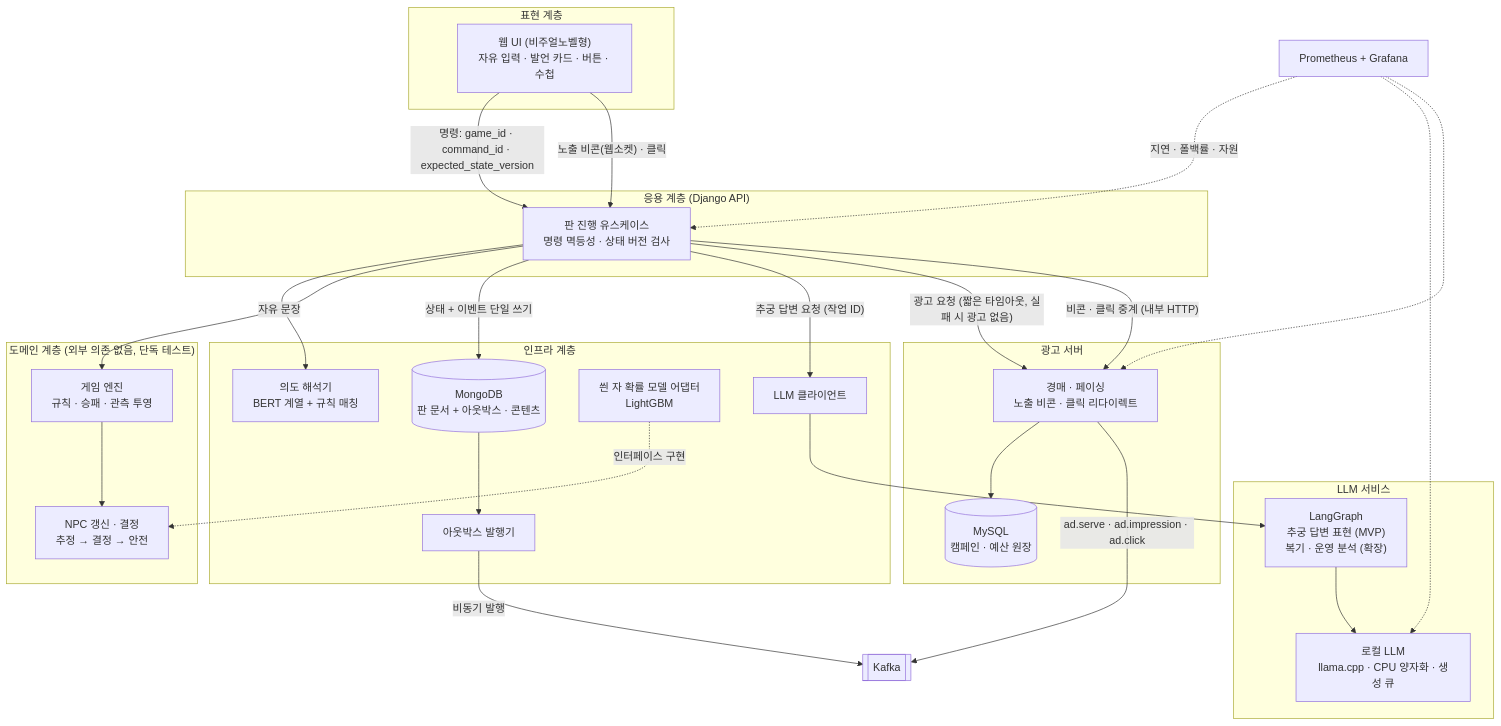
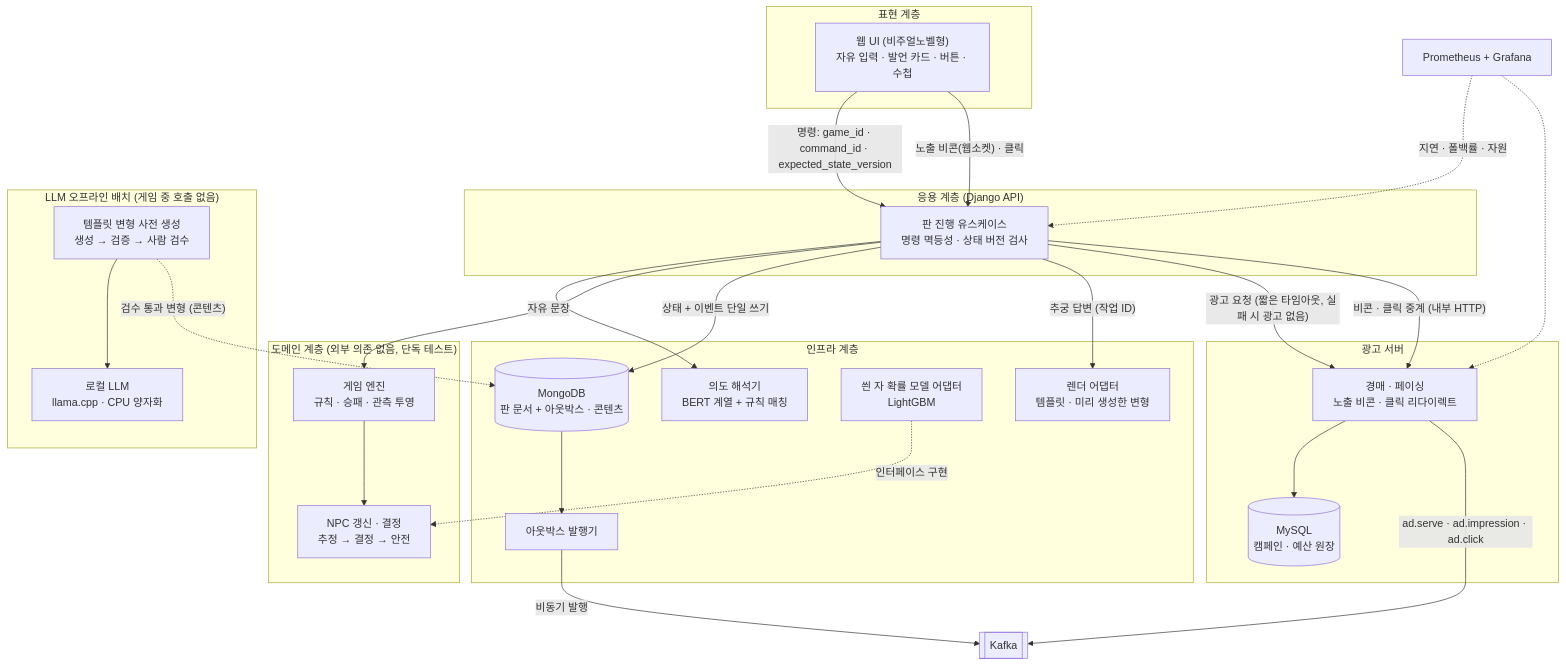
Before and after one commit to encore-ai-campus/mlo-01-p4-team3: the first of 3 diagrams in docs/paldo_design_v1.md, drawn with Mermaid. The commit also changed other lines of this file and 13 other files, not shown here.

````diff
--- a/docs/paldo_design_v1.md
+++ b/docs/paldo_design_v1.md
@@ -307,54 +307,54 @@
 ```mermaid
 flowchart TB
   subgraph P["표현 계층"]
     UI["웹 UI (비주얼노벨형)<br/>자유 입력 · 발언 카드 · 버튼 · 수첩"]
   end
 
   subgraph A["응용 계층 (Django API)"]
     UC["판 진행 유스케이스<br/>명령 멱등성 · 상태 버전 검사"]
   end
 
   subgraph D["도메인 계층 (외부 의존 없음, 단독 테스트)"]
     ENG["게임 엔진<br/>규칙 · 승패 · 관측 투영"]
     NPC["NPC 갱신 · 결정<br/>추정 → 결정 → 안전"]
   end
 
   subgraph I["인프라 계층"]
     DB[("MongoDB<br/>판 문서 + 아웃박스 · 콘텐츠")]
     INT["의도 해석기<br/>BERT 계열 + 규칙 매칭"]
     MDL["씐 자 확률 모델 어댑터<br/>LightGBM"]
-    LLMC["LLM 클라이언트"]
+    LLMC["렌더 어댑터<br/>템플릿 · 미리 생성한 변형"]
     PUB["아웃박스 발행기"]
   end
 
-  subgraph L["LLM 서비스"]
-    LG["LangGraph<br/>추궁 답변 표현 (MVP)<br/>복기 · 운영 분석 (확장)"]
-    LLM["로컬 LLM<br/>llama.cpp · CPU 양자화 · 생성 큐"]
+  subgraph L["LLM 오프라인 배치 (게임 중 호출 없음)"]
+    LG["템플릿 변형 사전 생성<br/>생성 → 검증 → 사람 검수"]
+    LLM["로컬 LLM<br/>llama.cpp · CPU 양자화"]
   end
 
   UI -->|"명령: game_id · command_id · expected_state_version"| UC
   UC -->|"자유 문장"| INT
   UC --> ENG
   ENG --> NPC
   MDL -.->|"인터페이스 구현"| NPC
   UC -->|"상태 + 이벤트 단일 쓰기"| DB
-  UC -->|"추궁 답변 요청 (작업 ID)"| LLMC
-  LLMC --> LG --> LLM
+  UC -->|"추궁 답변 (작업 ID)"| LLMC
+  LG --> LLM
+  LG -.->|"검수 통과 변형 (콘텐츠)"| DB
   DB --> PUB
   PUB -->|"비동기 발행"| K[["Kafka"]]
 
   subgraph AD["광고 서버"]
     ADS["경매 · 페이싱<br/>노출 비콘 · 클릭 리다이렉트"]
     ADB[("MySQL<br/>캠페인 · 예산 원장")]
   end
 
   UC -->|"광고 요청 (짧은 타임아웃, 실패 시 광고 없음)"| ADS
   UI -->|"노출 비콘(웹소켓) · 클릭"| UC
   UC -->|"비콘 · 클릭 중계 (내부 HTTP)"| ADS
   ADS --> ADB
   ADS -->|"ad.serve · ad.impression · ad.click"| K
 
   MON["Prometheus + Grafana"] -.->|"지연 · 폴백률 · 자원"| UC
-  MON -.-> LLM
   MON -.-> ADS
 ```
````
